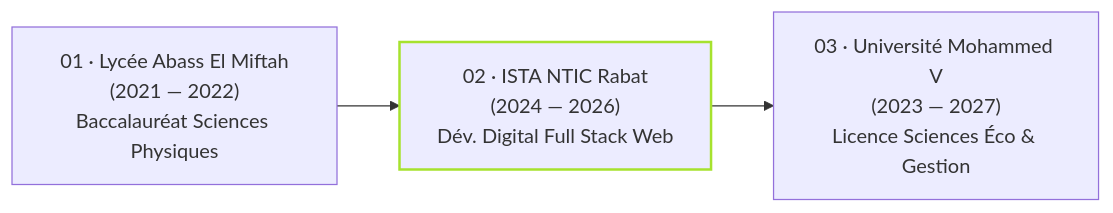
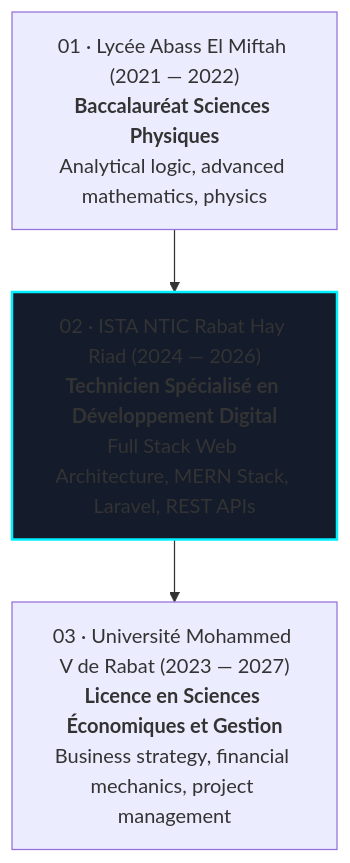
One commit to Cherkaoui7/portfolio changed the diagram in README.md. Above: the diagram before and after it, drawn with Mermaid. The commit also changed other lines of this file, not shown here.

Commit message:
docs(readme): comprehensive A-to-Z documentation update covering architecture, responsive engine, mobile mind map, security hardening, and SEO

````diff
--- a/README.md
+++ b/README.md
@@ -130,6 +182,10 @@
 ```mermaid
-graph LR
-    A["01 · Lycée Abass El Miftah<br/>(2021 — 2022)<br/>Baccalauréat Sciences Physiques"] --> B["02 · ISTA NTIC Rabat<br/>(2024 — 2026)<br/>Dév. Digital Full Stack Web"]
-    B --> C["03 · Université Mohammed V<br/>(2023 — 2027)<br/>Licence Sciences Éco & Gestion"]
-    style B stroke:#a6e22e,stroke-width:2px
+graph TD
+    A["01 · Lycée Abass El Miftah (2021 — 2022)<br/><b>Baccalauréat Sciences Physiques</b><br/>Analytical logic, advanced mathematics, physics"]
+    B["02 · ISTA NTIC Rabat Hay Riad (2024 — 2026)<br/><b>Technicien Spécialisé en Développement Digital</b><br/>Full Stack Web Architecture, MERN Stack, Laravel, REST APIs"]
+    C["03 · Université Mohammed V de Rabat (2023 — 2027)<br/><b>Licence en Sciences Économiques et Gestion</b><br/>Business strategy, financial mechanics, project management"]
+
+    A --> B
+    B --> C
+    style B stroke:#00f0ff,stroke-width:2px,fill:#141b2b
 ```
````
